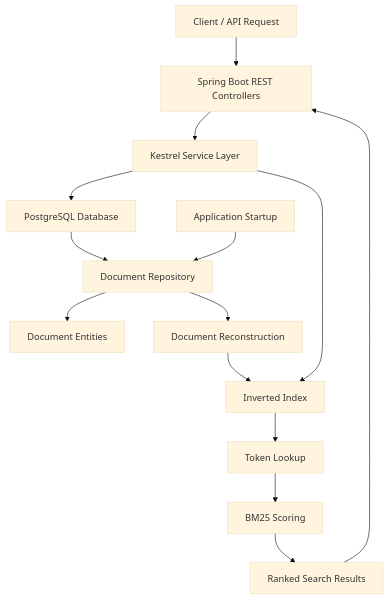
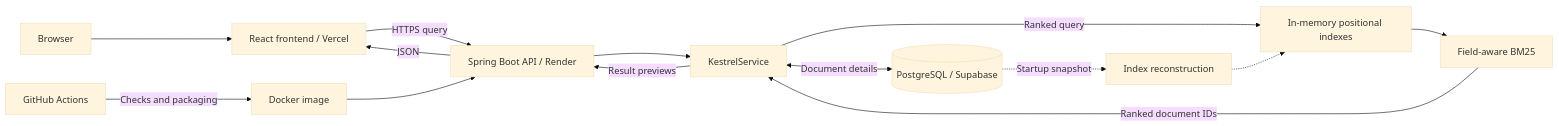
One commit to Cs7797/Kestrel_searchEngine changed the diagram in Readme.md. Above: the diagram before and after it, drawn with Mermaid (base theme). The commit also changed other lines of this file and 8 other files, not shown here.

````diff
--- a/Readme.md
+++ b/Readme.md
@@ -71,20 +50,16 @@
 ```mermaid
-flowchart TD
-    A[Client / API Request] --> B[Spring Boot REST Controllers]
-    B --> C[Kestrel Service Layer]
-
-    C --> D[PostgreSQL Database]
-    C --> E[Inverted Index]
-
-    D --> F[Document Repository]
-    F --> G[Document Entities]
-
-    H[Application Startup] --> F
-    F --> I[Document Reconstruction]
-    I --> E
-
-    E --> J[Token Lookup]
-    J --> K[BM25 Scoring]
-    K --> L[Ranked Search Results]
-    L --> B
+flowchart LR
+    U[Browser] --> F[React frontend / Vercel]
+    F -->|HTTPS query| A[Spring Boot API / Render]
+    A --> S[KestrelService]
+    S -->|Ranked query| I[In-memory positional indexes]
+    I --> B[Field-aware BM25]
+    B -->|Ranked document IDs| S
+    S <-->|Document details| P[(PostgreSQL / Supabase)]
+    S -->|Result previews| A
+    A -->|JSON| F
+    P -.->|Startup snapshot| R[Index reconstruction]
+    R -.-> I
+    G[GitHub Actions] -->|Checks and packaging| D[Docker image]
+    D --> A
 ```
````
